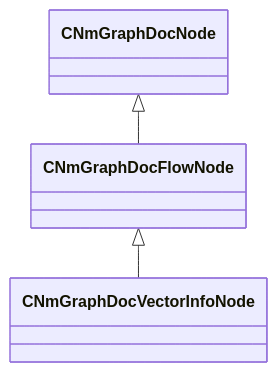
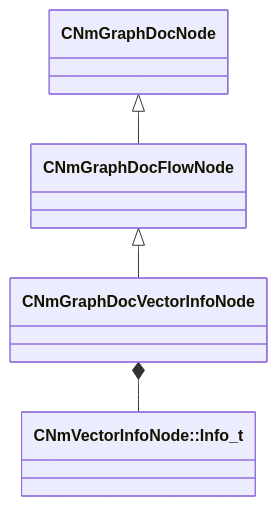
The diagram in docs/generated/schemas/animdoclib/CNmGraphDocVectorInfoNode.md (CS2OpenDev/CS2OpenDev-Docs), drawn with Mermaid before and after one commit. The commit also changed other lines of this file and 4525 other files, not shown here.

````diff
--- a/docs/generated/schemas/animdoclib/CNmGraphDocVectorInfoNode.md
+++ b/docs/generated/schemas/animdoclib/CNmGraphDocVectorInfoNode.md
@@ -17,5 +19,6 @@
 ```mermaid
 classDiagram
     CNmGraphDocFlowNode <|-- CNmGraphDocVectorInfoNode
     CNmGraphDocNode <|-- CNmGraphDocFlowNode
+    CNmGraphDocVectorInfoNode *-- `CNmVectorInfoNode::Info_t`
 ```
````
